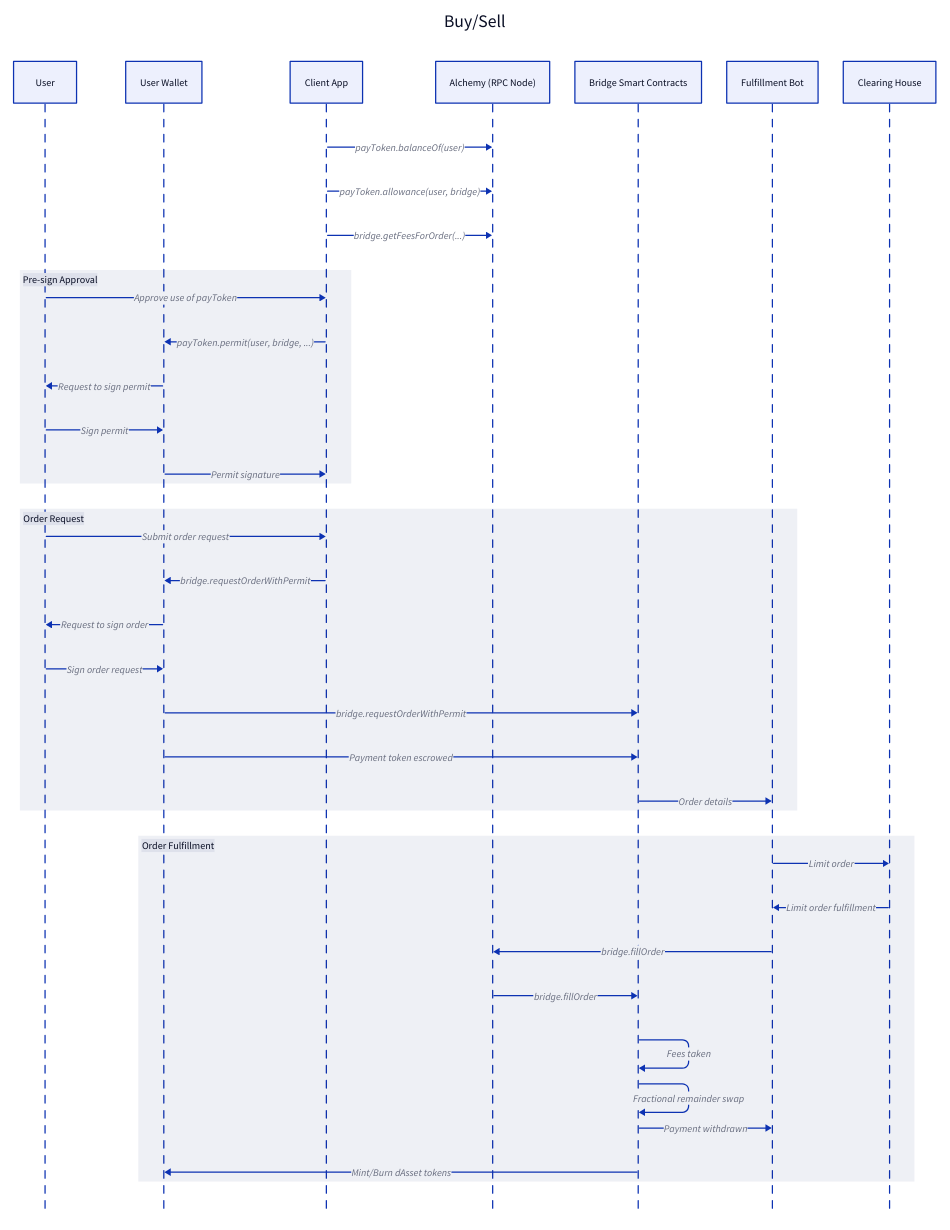
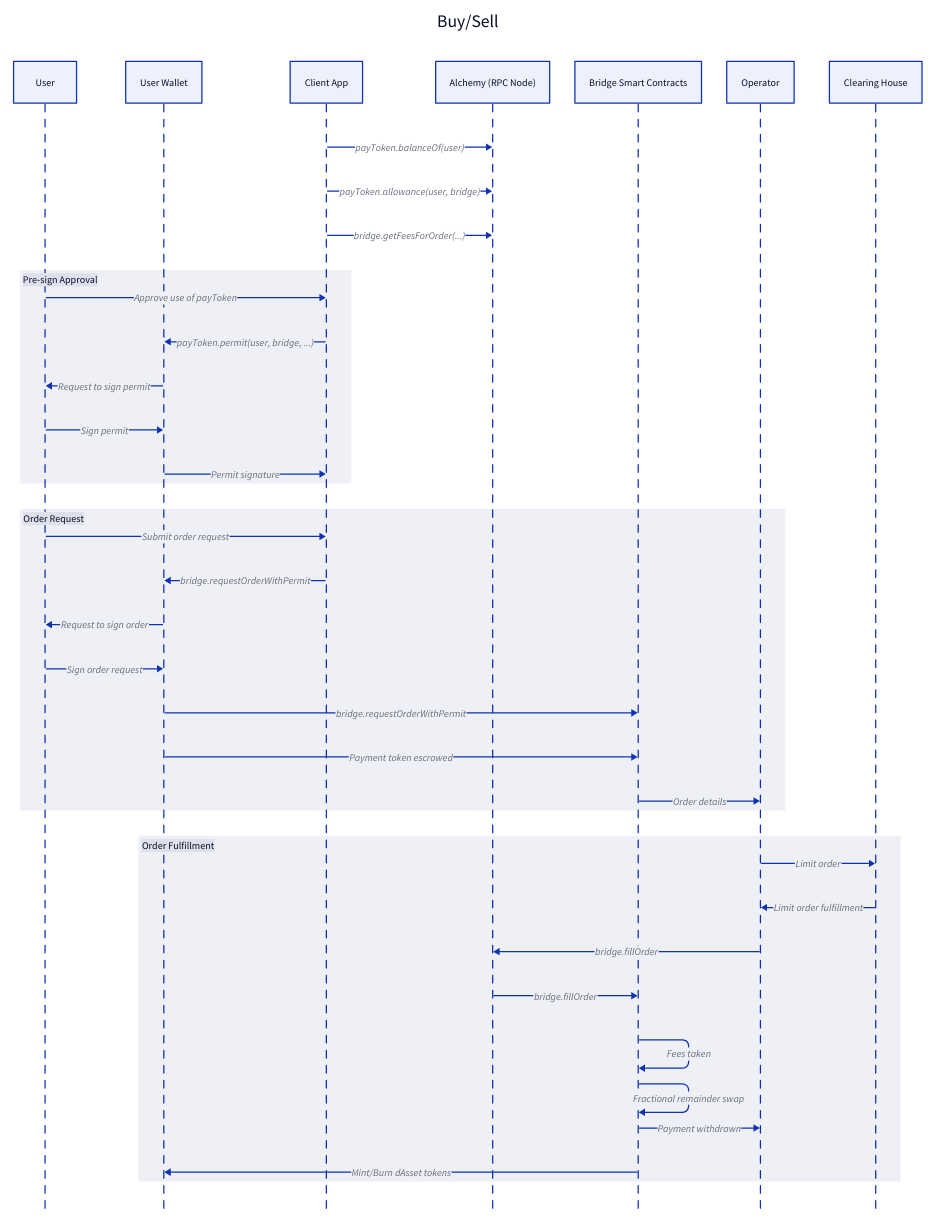
The diagram in docs/user-sequence.d2 (dinaricrypto/sbt-contracts), drawn with D2 before and after one commit. The commit also changed 8 other files, not shown here.

Commit message:
whitepaper diagrams

```diff
--- a/docs/user-sequence.d2
+++ b/docs/user-sequence.d2
@@ -1,41 +1,41 @@
 Buy/Sell: {
   shape: sequence_diagram
 
   user: User
   wallet: User Wallet
   app: Client App
   rpc: Alchemy (RPC Node)
   contracts: Bridge Smart Contracts
-  bot: Fulfillment Bot
+  bot: Operator
   clearing: Clearing House
 
   app -> rpc: payToken.balanceOf(user)
   app -> rpc: payToken.allowance(user, bridge)
   app -> rpc: bridge.getFeesForOrder(...)
   Pre-sign Approval: {
     user -> app: Approve use of payToken
     app -> wallet: payToken.permit(user, bridge, ...)
     wallet -> user: Request to sign permit
     user -> wallet: Sign permit
     wallet -> app: Permit signature
   }
   Order Request: {
     user -> app: Submit order request
     app -> wallet: bridge.requestOrderWithPermit
     wallet -> user: Request to sign order
     user -> wallet: Sign order request
     wallet -> contracts: bridge.requestOrderWithPermit
     wallet -> contracts: Payment token escrowed
     contracts -> bot: Order details
   }
   Order Fulfillment: {
     bot -> clearing: Limit order
     clearing -> bot: Limit order fulfillment
     bot -> rpc: bridge.fillOrder
     rpc -> contracts: bridge.fillOrder
     contracts -> contracts: Fees taken
     contracts -> contracts: Fractional remainder swap
     contracts -> bot: Payment withdrawn
     contracts -> wallet: Mint/Burn dAsset tokens
   }
 }
```
